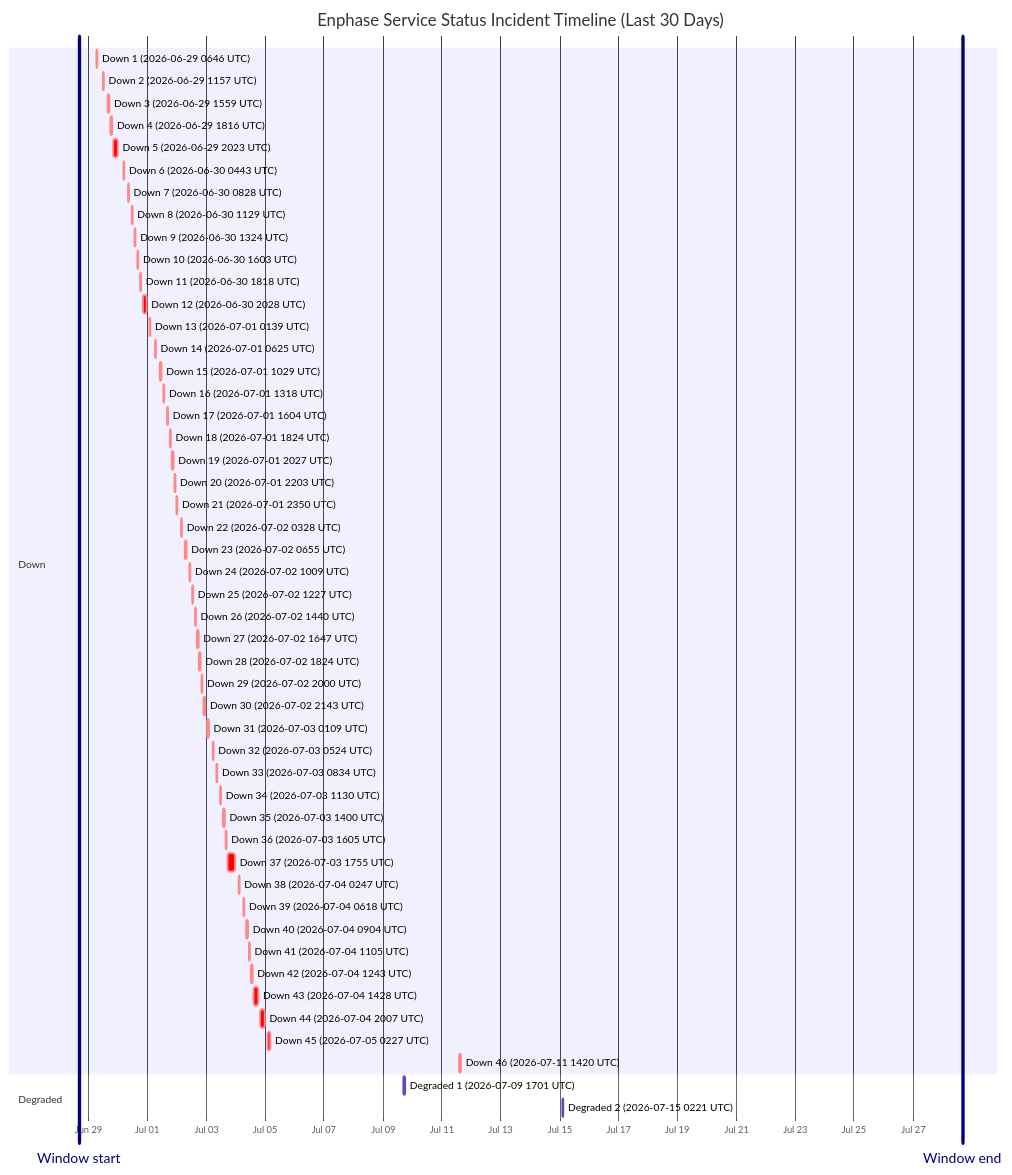
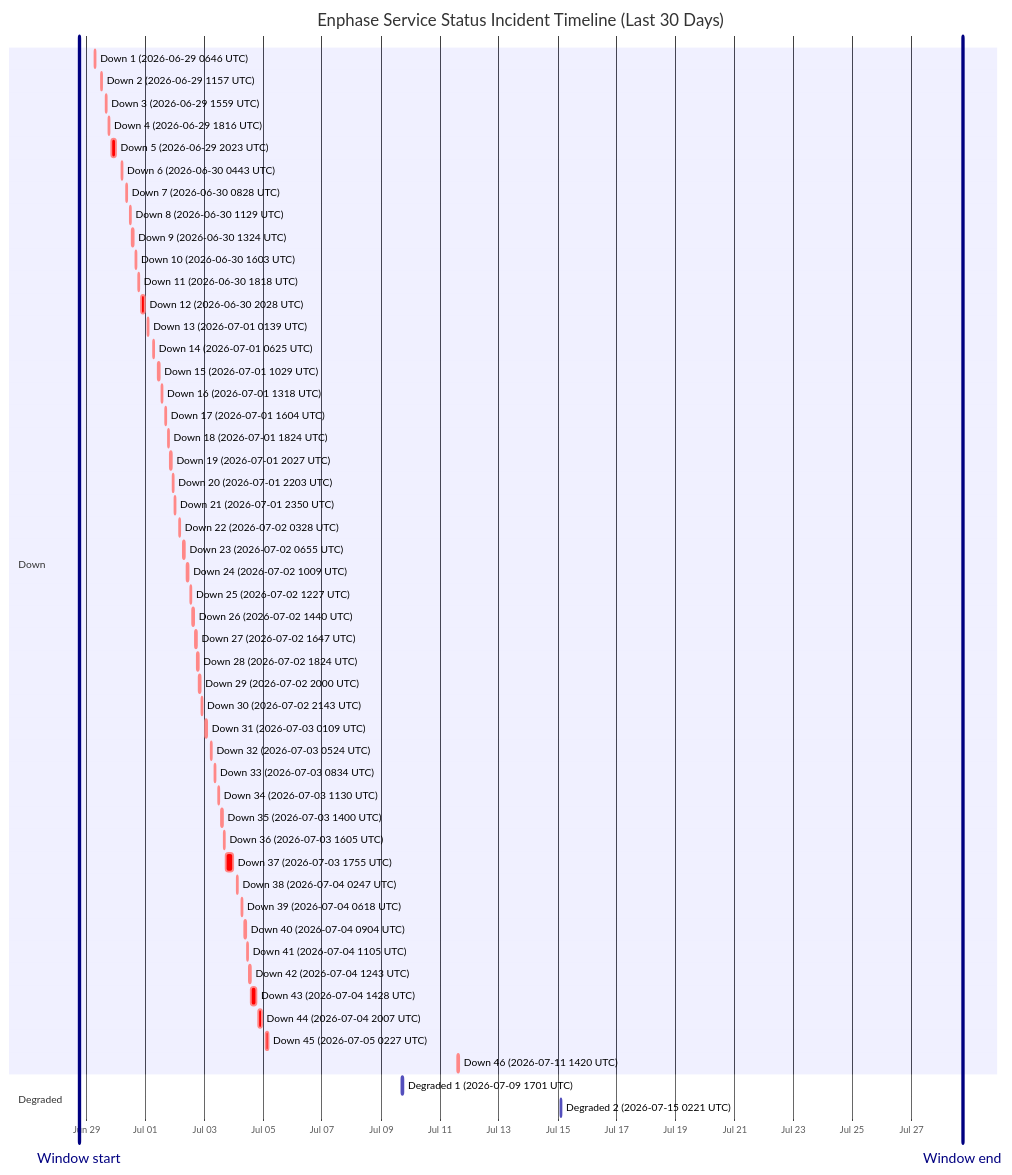
One commit to barneyonline/ha-enphase-energy changed the diagram in wiki/Service-Status-History.md. Above: the diagram before and after it, drawn with Mermaid. The commit also changed other lines of this file and 3 other files, not shown here.

````diff
--- a/wiki/Service-Status-History.md
+++ b/wiki/Service-Status-History.md
@@ -14,58 +14,58 @@
 ```mermaid
 gantt
     title Enphase Service Status Incident Timeline (Last 30 Days)
     dateFormat  YYYY-MM-DDTHH:mm:ss
     axisFormat  %b %d
-    Window start :vert, window-start, 2026-06-28T16:17:49, 0ms
-    Window end :vert, window-end, 2026-07-28T16:17:49, 0ms
+    Window start :vert, window-start, 2026-06-28T17:53:16, 0ms
+    Window end :vert, window-end, 2026-07-28T17:53:16, 0ms
     section Down
     Down 1 (2026-06-29 0646 UTC) :crit, down-1, 2026-06-29T06:46:18, 60m
     Down 2 (2026-06-29 1157 UTC) :crit, down-2, 2026-06-29T11:57:36, 60m
     Down 3 (2026-06-29 1559 UTC) :crit, down-3, 2026-06-29T15:59:02, 60m
     Down 4 (2026-06-29 1816 UTC) :crit, down-4, 2026-06-29T18:16:38, 60m
     Down 5 (2026-06-29 2023 UTC) :crit, down-5, 2026-06-29T20:23:16, 220m
     Down 6 (2026-06-30 0443 UTC) :crit, down-6, 2026-06-30T04:43:54, 60m
     Down 7 (2026-06-30 0828 UTC) :crit, down-7, 2026-06-30T08:28:43, 60m
     Down 8 (2026-06-30 1129 UTC) :crit, down-8, 2026-06-30T11:29:15, 60m
     Down 9 (2026-06-30 1324 UTC) :crit, down-9, 2026-06-30T13:24:25, 60m
     Down 10 (2026-06-30 1603 UTC) :crit, down-10, 2026-06-30T16:03:26, 60m
     Down 11 (2026-06-30 1818 UTC) :crit, down-11, 2026-06-30T18:18:39, 60m
     Down 12 (2026-06-30 2028 UTC) :crit, down-12, 2026-06-30T20:28:54, 171m
     Down 13 (2026-07-01 0139 UTC) :crit, down-13, 2026-07-01T01:39:18, 60m
     Down 14 (2026-07-01 0625 UTC) :crit, down-14, 2026-07-01T06:25:35, 60m
     Down 15 (2026-07-01 1029 UTC) :crit, down-15, 2026-07-01T10:29:24, 60m
     Down 16 (2026-07-01 1318 UTC) :crit, down-16, 2026-07-01T13:18:31, 60m
     Down 17 (2026-07-01 1604 UTC) :crit, down-17, 2026-07-01T16:04:29, 60m
     Down 18 (2026-07-01 1824 UTC) :crit, down-18, 2026-07-01T18:24:21, 60m
     Down 19 (2026-07-01 2027 UTC) :crit, down-19, 2026-07-01T20:27:17, 60m
     Down 20 (2026-07-01 2203 UTC) :crit, down-20, 2026-07-01T22:03:46, 60m
     Down 21 (2026-07-01 2350 UTC) :crit, down-21, 2026-07-01T23:50:52, 60m
     Down 22 (2026-07-02 0328 UTC) :crit, down-22, 2026-07-02T03:28:33, 60m
     Down 23 (2026-07-02 0655 UTC) :crit, down-23, 2026-07-02T06:55:07, 60m
     Down 24 (2026-07-02 1009 UTC) :crit, down-24, 2026-07-02T10:09:15, 60m
     Down 25 (2026-07-02 1227 UTC) :crit, down-25, 2026-07-02T12:27:49, 60m
     Down 26 (2026-07-02 1440 UTC) :crit, down-26, 2026-07-02T14:40:53, 60m
     Down 27 (2026-07-02 1647 UTC) :crit, down-27, 2026-07-02T16:47:47, 60m
     Down 28 (2026-07-02 1824 UTC) :crit, down-28, 2026-07-02T18:24:26, 60m
     Down 29 (2026-07-02 2000 UTC) :crit, down-29, 2026-07-02T20:00:57, 60m
     Down 30 (2026-07-02 2143 UTC) :crit, down-30, 2026-07-02T21:43:52, 80m
     Down 31 (2026-07-03 0109 UTC) :crit, down-31, 2026-07-03T01:09:19, 60m
     Down 32 (2026-07-03 0524 UTC) :crit, down-32, 2026-07-03T05:24:23, 60m
     Down 33 (2026-07-03 0834 UTC) :crit, down-33, 2026-07-03T08:34:05, 60m
     Down 34 (2026-07-03 1130 UTC) :crit, down-34, 2026-07-03T11:30:41, 60m
     Down 35 (2026-07-03 1400 UTC) :crit, down-35, 2026-07-03T14:00:48, 60m
     Down 36 (2026-07-03 1605 UTC) :crit, down-36, 2026-07-03T16:05:49, 60m
     Down 37 (2026-07-03 1755 UTC) :crit, down-37, 2026-07-03T17:55:54, 338m
     Down 38 (2026-07-04 0247 UTC) :crit, down-38, 2026-07-04T02:47:22, 60m
     Down 39 (2026-07-04 0618 UTC) :crit, down-39, 2026-07-04T06:18:09, 60m
     Down 40 (2026-07-04 0904 UTC) :crit, down-40, 2026-07-04T09:04:41, 60m
     Down 41 (2026-07-04 1105 UTC) :crit, down-41, 2026-07-04T11:05:21, 60m
     Down 42 (2026-07-04 1243 UTC) :crit, down-42, 2026-07-04T12:43:25, 60m
     Down 43 (2026-07-04 1428 UTC) :crit, down-43, 2026-07-04T14:28:07, 243m
     Down 44 (2026-07-04 2007 UTC) :crit, down-44, 2026-07-04T20:07:50, 206m
     Down 45 (2026-07-05 0227 UTC) :crit, down-45, 2026-07-05T02:27:32, 109m
     Down 46 (2026-07-11 1420 UTC) :crit, down-46, 2026-07-11T14:20:54, 69m
     section Degraded
     Degraded 1 (2026-07-09 1701 UTC) :active, degraded-1, 2026-07-09T17:01:02, 60m
     Degraded 2 (2026-07-15 0221 UTC) :active, degraded-2, 2026-07-15T02:21:35, 60m
 ```
````
